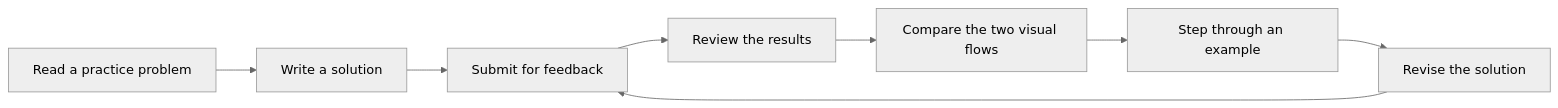
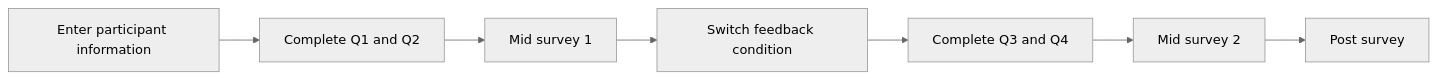
One commit to ARIS2333/CodeFlow changed the first of 2 diagrams in Docs/HUMAN_STUDY_SYSTEM_OVERVIEW.md. Above: the diagram before and after it, drawn with Mermaid (neutral theme). The commit also changed other lines of this file and 20 other files, not shown here.

````diff
--- a/Docs/HUMAN_STUDY_SYSTEM_OVERVIEW.md
+++ b/Docs/HUMAN_STUDY_SYSTEM_OVERVIEW.md
@@ -11,10 +13,9 @@
 ```mermaid
 flowchart LR
-    A[Read a practice problem] --> B[Write a solution]
-    B --> C[Submit for feedback]
-    C --> D[Review the results]
-    D --> E[Compare the two visual flows]
-    E --> F[Step through an example]
-    F --> G[Revise the solution]
-    G --> C
+    A[Enter participant information] --> B[Complete Q1 and Q2]
+    B --> C[Mid survey 1]
+    C --> D[Switch feedback condition]
+    D --> E[Complete Q3 and Q4]
+    E --> F[Mid survey 2]
+    F --> G[Post survey]
 ```
````
